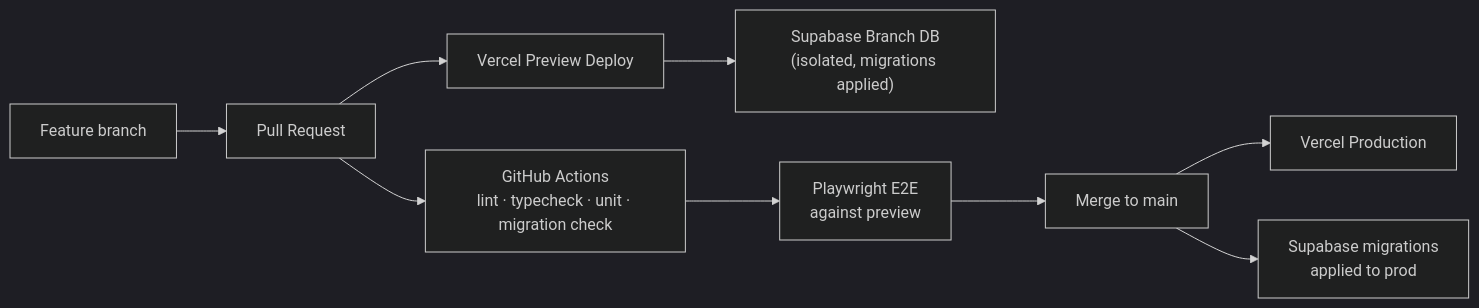
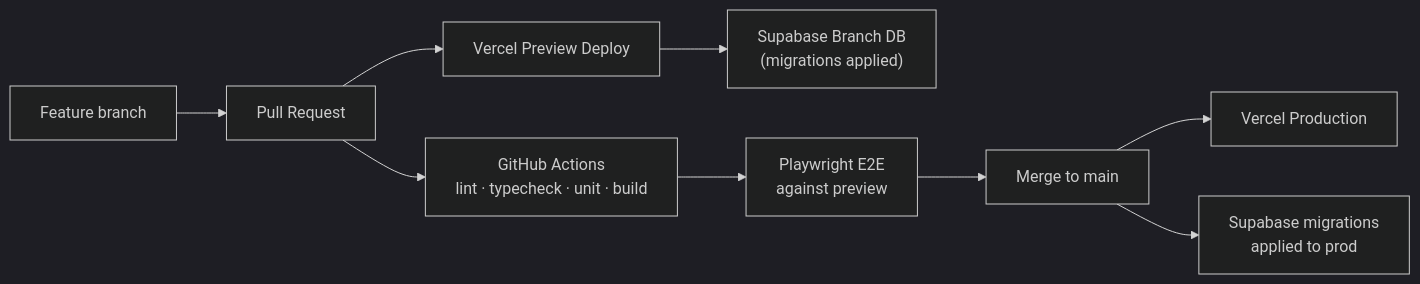
One commit to Shafiq-22/ReportGenerator changed the fourth of 4 diagrams in REPORT_GENERATOR_PLAN.md. Above: the diagram before and after it, drawn with Mermaid (dark theme). The commit also changed other lines of this file and 81 other files, not shown here.

First line of the commit message:
Build Report Generator app: schema, daily entry, and async PDF reports

````diff
--- a/REPORT_GENERATOR_PLAN.md
+++ b/REPORT_GENERATOR_PLAN.md
@@ -828,11 +799,11 @@
 ```mermaid
 flowchart LR
     Dev["Feature branch"] --> PR["Pull Request"]
-    PR --> CI["GitHub Actions<br/>lint · typecheck · unit · migration check"]
+    PR --> CI["GitHub Actions<br/>lint · typecheck · unit · build"]
     PR --> Preview["Vercel Preview Deploy"]
-    Preview --> SBBranch["Supabase Branch DB<br/>(isolated, migrations applied)"]
+    Preview --> SBBranch["Supabase Branch DB<br/>(migrations applied)"]
     CI --> E2E["Playwright E2E<br/>against preview"]
     E2E --> Merge["Merge to main"]
     Merge --> Prod["Vercel Production"]
     Merge --> Migrate["Supabase migrations<br/>applied to prod"]
 ```
````
